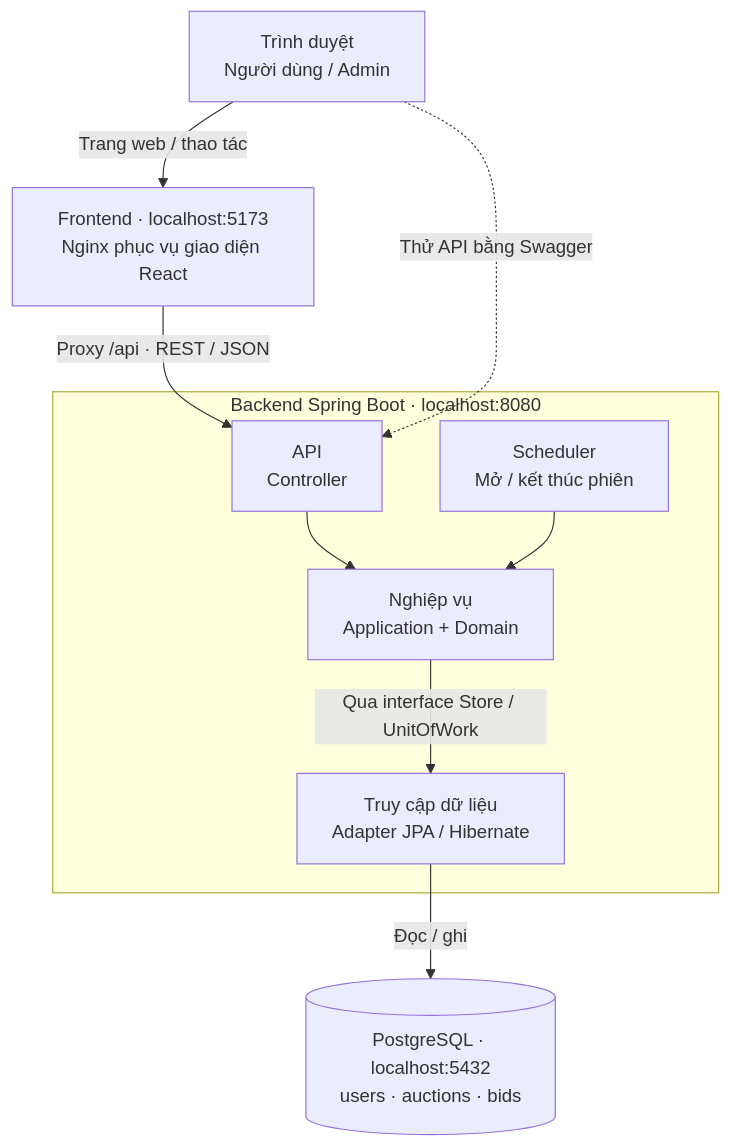
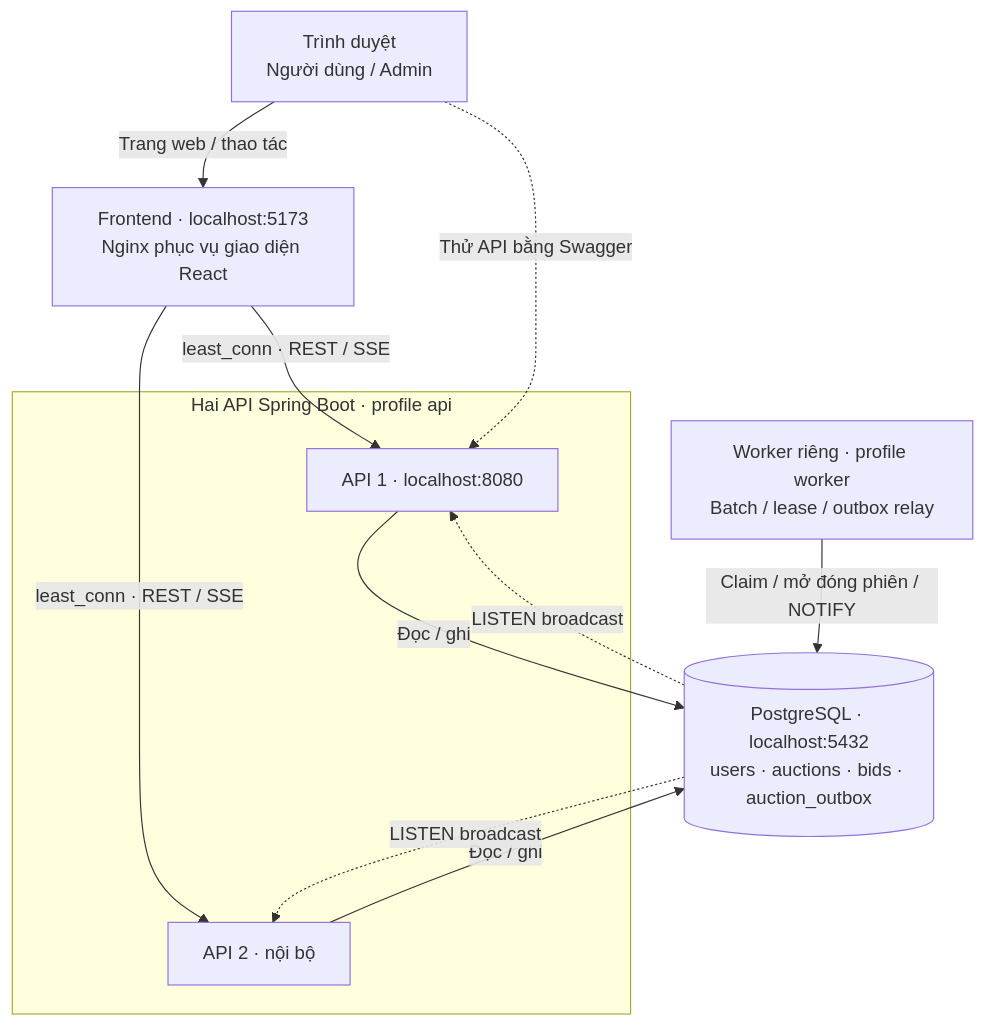
The diagram in README.md (Loistarva/KTPM), drawn with Mermaid before and after one commit. The commit also changed other lines of this file and 66 other files, not shown here.

Commit message:
Improve auction concurrency, realtime architecture, and UI

````diff
--- a/README.md
+++ b/README.md
@@ -19,23 +19,22 @@
 ```mermaid
 flowchart TB
     Browser["Trình duyệt<br/>Người dùng / Admin"]
     Frontend["Frontend · localhost:5173<br/>Nginx phục vụ giao diện React"]
 
-    subgraph Backend["Backend Spring Boot · localhost:8080"]
-        API["API<br/>Controller"]
-        Business["Nghiệp vụ<br/>Application + Domain"]
-        Data["Truy cập dữ liệu<br/>Adapter JPA / Hibernate"]
-        Scheduler["Scheduler<br/>Mở / kết thúc phiên"]
-
-        API --> Business
-        Business -->|"Qua interface Store / UnitOfWork"| Data
-        Scheduler --> Business
+    subgraph Backend["Hai API Spring Boot · profile api"]
+        API["API 1 · localhost:8080"]
+        API2["API 2 · nội bộ"]
     end
-
-    DB[("PostgreSQL · localhost:5432<br/>users · auctions · bids")]
+    Worker["Worker riêng · profile worker<br/>Batch / lease / outbox relay"]
+    DB[("PostgreSQL · localhost:5432<br/>users · auctions · bids · auction_outbox")]
 
     Browser -->|"Trang web / thao tác"| Frontend
-    Frontend -->|"Proxy /api · REST / JSON"| API
+    Frontend -->|"least_conn · REST / SSE"| API
+    Frontend -->|"least_conn · REST / SSE"| API2
     Browser -.->|"Thử API bằng Swagger"| API
-    Data -->|"Đọc / ghi"| DB
+    API -->|"Đọc / ghi"| DB
+    API2 -->|"Đọc / ghi"| DB
+    Worker -->|"Claim / mở đóng phiên / NOTIFY"| DB
+    DB -.->|"LISTEN broadcast"| API
+    DB -.->|"LISTEN broadcast"| API2
 ```
````
